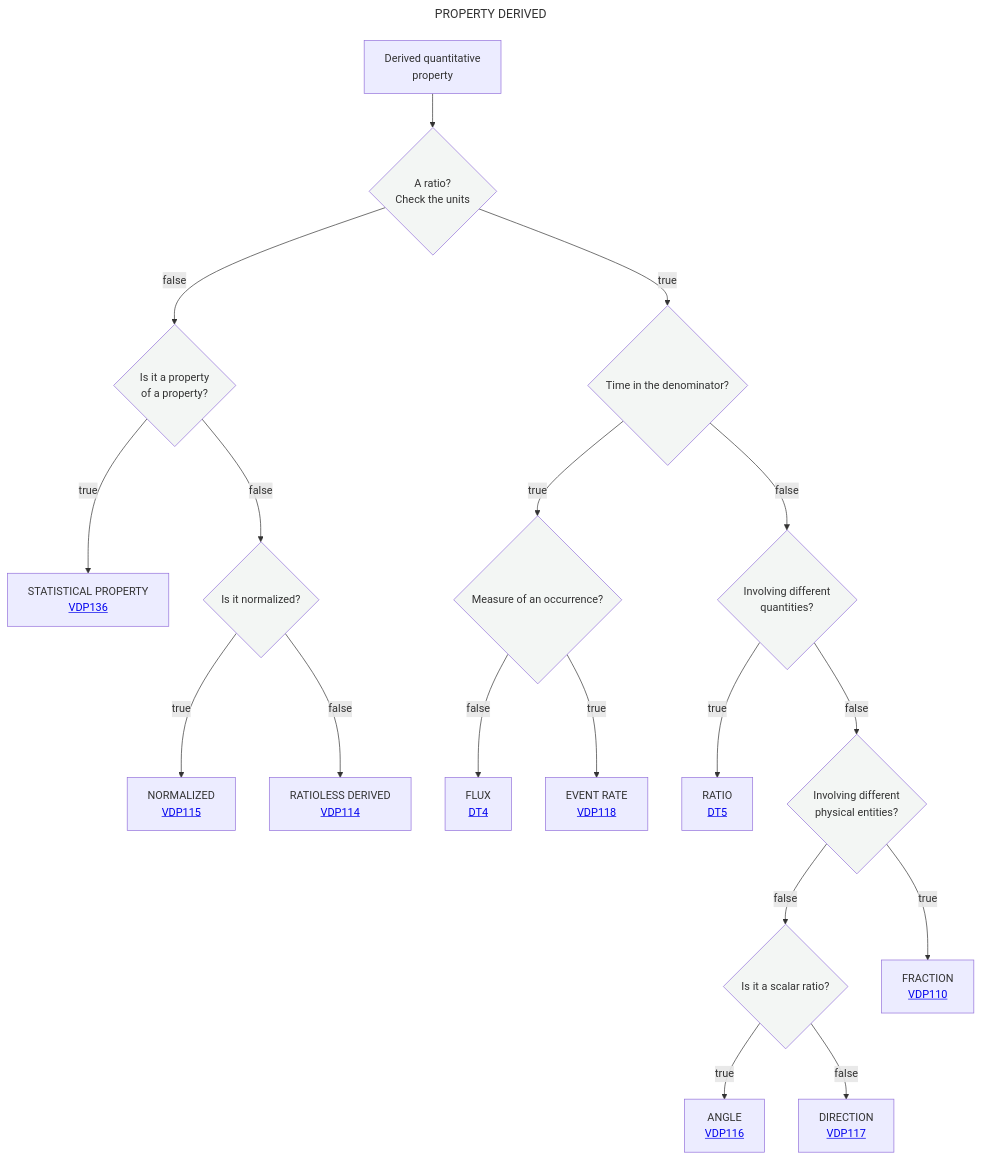
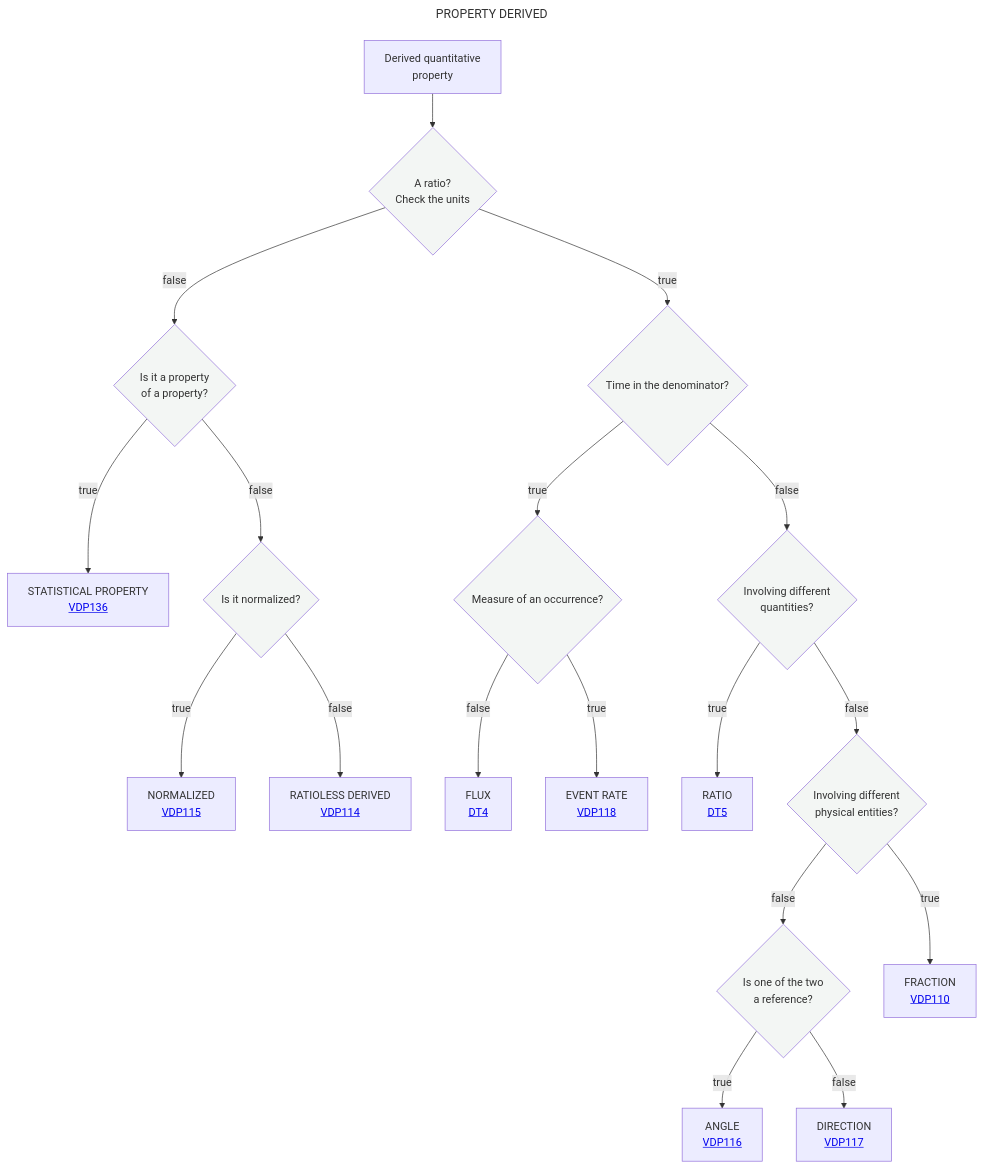
One commit to mabablue/I-ADOPT-patterns-playground changed the diagram in Decisition_trees/DT3.mmd. Above: the diagram before and after it, drawn with Mermaid.

Commit message:
Update decision tree node question for clarity

```diff
--- a/Decisition_trees/DT3.mmd
+++ b/Decisition_trees/DT3.mmd
@@ -1,25 +1,25 @@
 ---
 title: PROPERTY DERIVED
 ---
 flowchart TD
     A[Derived quantitative <br> property] --> B{A ratio?<br>Check the units}:::white
     B --> |true|N{Time in the denominator?}:::white
     B --> |false|C{Is it a property <br> of a property?}:::white
     C --> |true|D[STATISTICAL PROPERTY <br> <a href='https://github.com/mabablue/I-ADOPT-patterns-playground/blob/main/pattern/VDP115.yaml'>VDP136</a>]
     C --> |false|I{Is it normalized?}:::white
     I --> |true|T[NORMALIZED <br> <a href='https://github.com/mabablue/I-ADOPT-patterns-playground/blob/main/pattern/VDP115.yaml'>VDP115</a>]
     I --> |false|U[RATIOLESS DERIVED <br> <a href='https://github.com/mabablue/I-ADOPT-patterns-playground/blob/main/pattern/VDP114.yaml'>VDP114</a>]
     N --> |true|E{Measure of an occurrence?}:::white
     E --> |false|K[FLUX <br> <a href='https://github.com/mabablue/I-ADOPT-patterns-playground/blob/main/Decisition_trees/DT4.mmd'> DT4</a>]
     E --> |true|J[EVENT RATE <br> <a href='https://github.com/mabablue/I-ADOPT-patterns-playground/blob/main/pattern/VDP118.yaml'>VDP118</a>]
     N --> |false|O{Involving different <br> quantities?}:::white
     O --> |true|P[RATIO <br> <a href='https://github.com/mabablue/I-ADOPT-patterns-playground/blob/main/Decisition_trees/DT5.mmd'> DT5</a>]
     O --> |false|Q{Involving different <br> physical entities?}:::white
-    Q --> |false|R{Is it a scalar ratio?}:::white
+    Q --> |false|R{Is one of the two <br> a reference?}:::white
     R --> |true|L[ANGLE <br> <a href='https://github.com/mabablue/I-ADOPT-patterns-playground/blob/main/pattern/VDP116.yaml'>VDP116</a>]
     R --> |false|M[DIRECTION <br> <a href='https://github.com/mabablue/I-ADOPT-patterns-playground/blob/main/pattern/VDP117.yaml'>VDP117</a>]
     Q --> |true|S[FRACTION <br> <a href='https://github.com/mabablue/I-ADOPT-patterns-playground/blob/main/pattern/VDP110.yaml'>VDP110</a>]
    classDef blue fill:#90D5FF
    classDef satblue fill:#57B9FF 
    classDef white fill:#f3f6f4
    classDef green fill:#6aa84f
```
